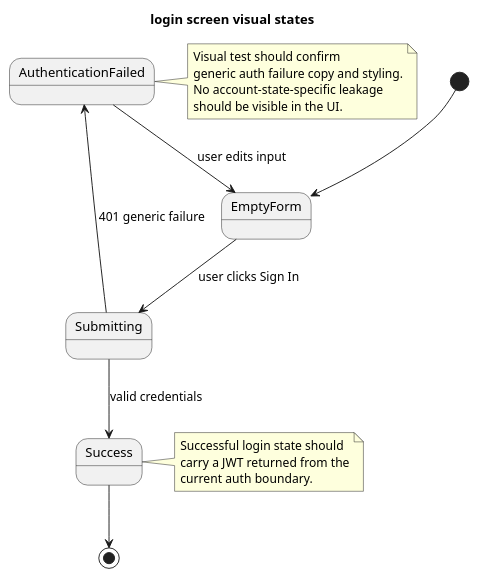
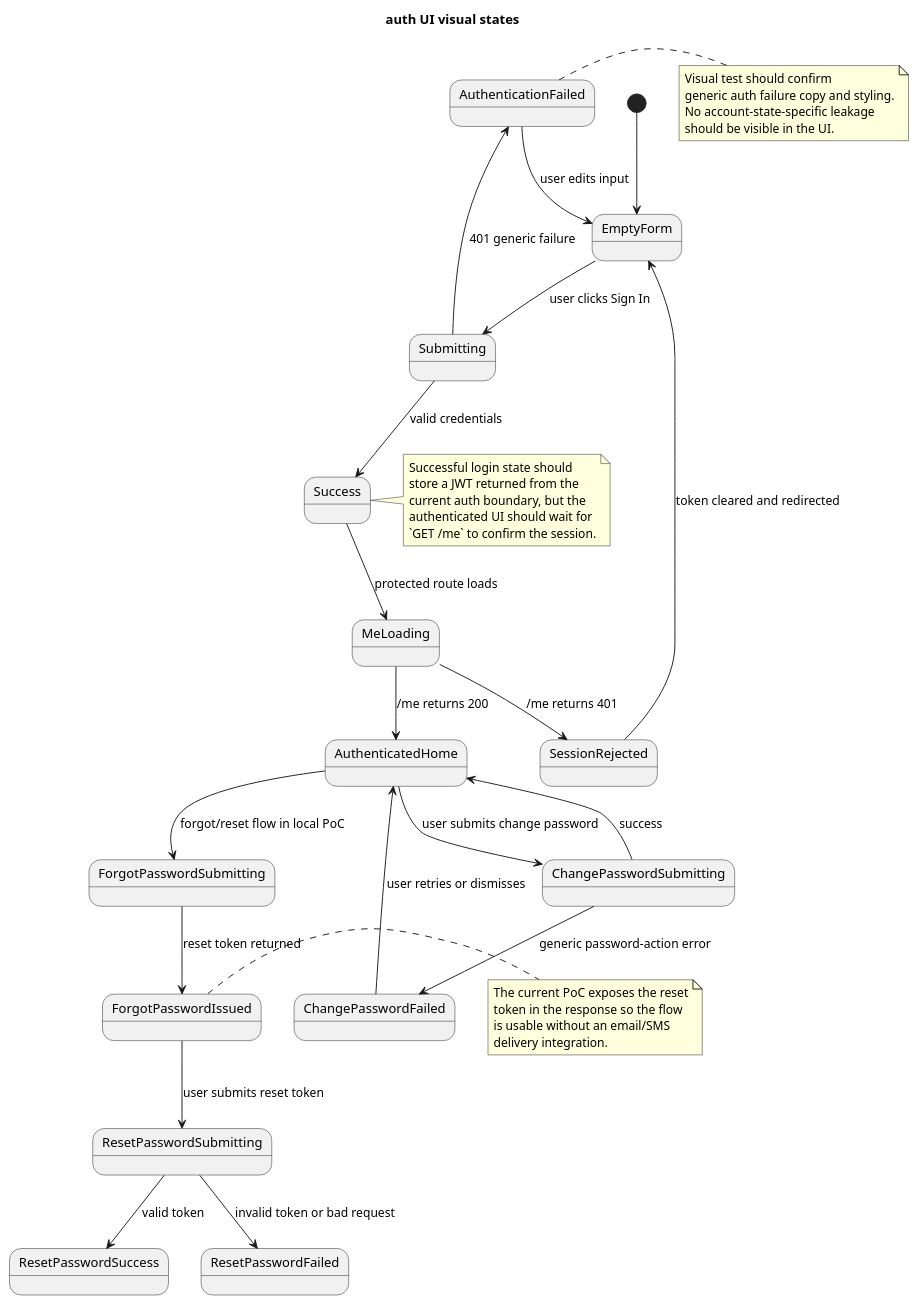
Before and after one commit to smileysmiles/login-base: the diagram in docs/login-visual-states.puml, drawn with PlantUML. The commit also changed 33 other files, not shown here.

```diff
--- a/docs/login-visual-states.puml
+++ b/docs/login-visual-states.puml
@@ -1,30 +1,61 @@
 @startuml
-title login screen visual states
+title auth UI visual states
 
 [*] --> EmptyForm
 EmptyForm --> Submitting : user clicks Sign In
 Submitting --> Success : valid credentials
 Submitting --> AuthenticationFailed : 401 generic failure
 
 AuthenticationFailed --> EmptyForm : user edits input
-Success --> [*]
+Success --> MeLoading : protected route loads
+MeLoading --> AuthenticatedHome : /me returns 200
+MeLoading --> SessionRejected : /me returns 401
+SessionRejected --> EmptyForm : token cleared and redirected
+AuthenticatedHome --> ChangePasswordSubmitting : user submits change password
+ChangePasswordSubmitting --> AuthenticatedHome : success
+ChangePasswordSubmitting --> ChangePasswordFailed : generic password-action error
+ChangePasswordFailed --> AuthenticatedHome : user retries or dismisses
+AuthenticatedHome --> ForgotPasswordSubmitting : forgot/reset flow in local PoC
+ForgotPasswordSubmitting --> ForgotPasswordIssued : reset token returned
+ForgotPasswordIssued --> ResetPasswordSubmitting : user submits reset token
+ResetPasswordSubmitting --> ResetPasswordSuccess : valid token
+ResetPasswordSubmitting --> ResetPasswordFailed : invalid token or bad request
 
 state EmptyForm
 state Submitting
 state Success
 state AuthenticationFailed
+state MeLoading
+state SessionRejected
+state AuthenticatedHome
+state ChangePasswordSubmitting
+state ChangePasswordFailed
+state ForgotPasswordSubmitting
+state ForgotPasswordIssued
+state ResetPasswordSubmitting
+state ResetPasswordSuccess
+state ResetPasswordFailed
 
 note right of AuthenticationFailed
 Visual test should confirm
 generic auth failure copy and styling.
 No account-state-specific leakage
 should be visible in the UI.
 end note
 
 note right of Success
 Successful login state should
-carry a JWT returned from the
-current auth boundary.
+store a JWT returned from the
+current auth boundary, but the
+authenticated UI should wait for
+`GET /me` to confirm the session.
+end note
+
+note right of ForgotPasswordIssued
+The current PoC exposes the reset
+token in the response so the flow
+is usable without an email/SMS
+delivery integration.
 end note
 
 @enduml
```
